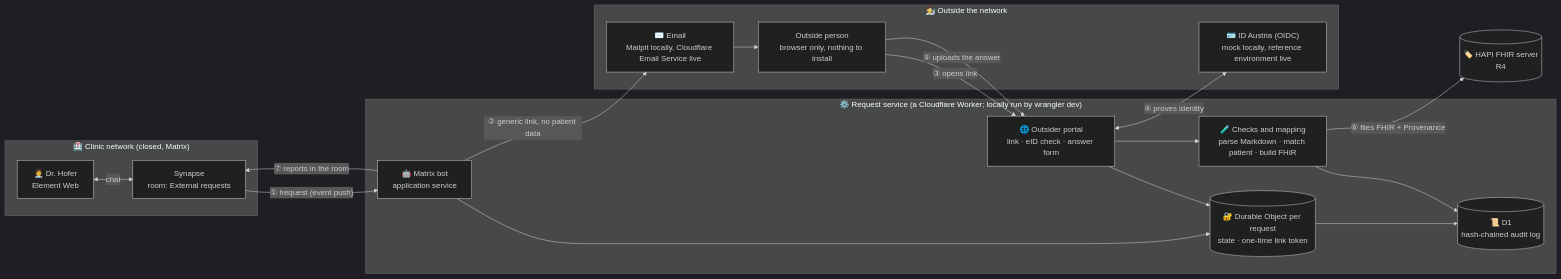
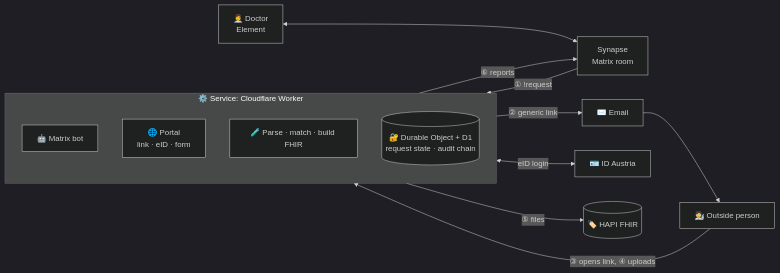
The diagram in README.md (skauk/synapse), drawn with Mermaid (dark theme) before and after one commit. The commit also changed other lines of this file and 10 other files, not shown here.

````diff
--- a/README.md
+++ b/README.md
@@ -96,38 +9,17 @@
 ```mermaid
 flowchart LR
-    subgraph clinic["🏥 Clinic network (closed, Matrix)"]
-        doctor["👩‍⚕️ Dr. Hofer<br/>Element Web"]
-        synapse["Synapse<br/>room: External requests"]
-        doctor <-->|chat| synapse
+    doctor["👩‍⚕️ Doctor<br/>Element"] <--> synapse["Synapse<br/>Matrix room"]
+    synapse -->|"① !request"| worker
+    subgraph worker["⚙️ Service: Cloudflare Worker"]
+        direction TB
+        bot["🤖 Matrix bot"]
+        portal["🌐 Portal<br/>link · eID · form"]
+        core["🧪 Parse · match · build FHIR"]
+        store[("🔐 Durable Object + D1<br/>request state · audit chain")]
     end
-
-    subgraph service["⚙️ Request service (a Cloudflare Worker; locally run by wrangler dev)"]
-        bot["🤖 Matrix bot<br/>application service"]
-        portal["🌐 Outsider portal<br/>link · eID check · answer form"]
-        core["🧪 Checks and mapping<br/>parse Markdown · match patient · build FHIR"]
-        state[("🔐 Durable Object per request<br/>state · one-time link token")]
-        audit[("📜 D1<br/>hash-chained audit log")]
-        bot --> state
-        portal --> state
-        portal --> core
-        core --> audit
-        state --> audit
-    end
-
-    subgraph outside["🧑‍🔬 Outside the network"]
-        person["Outside person<br/>browser only, nothing to install"]
-        mail["✉️ Email<br/>Mailpit locally, Cloudflare Email Service live"]
-        eid["🪪 ID Austria (OIDC)<br/>mock locally, reference environment live"]
-    end
-
-    fhir[("🏷️ HAPI FHIR server<br/>R4")]
-
-    synapse -->|"① !request (event push)"| bot
-    bot -->|"② generic link, no patient data"| mail
-    mail --> person
-    person -->|"③ opens link"| portal
-    portal <-->|"④ proves identity"| eid
-    person -->|"⑤ uploads the answer"| portal
-    core -->|"⑥ files FHIR + Provenance"| fhir
-    bot -->|"⑦ reports in the room"| synapse
+    bot -->|"② generic link"| mail["✉️ Email"] --> person["🧑‍🔬 Outside person"]
+    person -->|"③ opens link, ④ uploads"| portal
+    portal <-->|"eID login"| eid["🪪 ID Austria"]
+    core -->|"⑤ files"| fhir[("🏷️ HAPI FHIR")]
+    bot -->|"⑥ reports"| synapse
 ```
````
